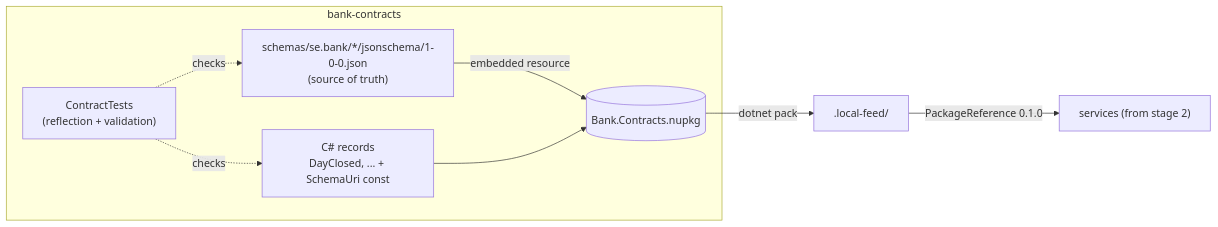
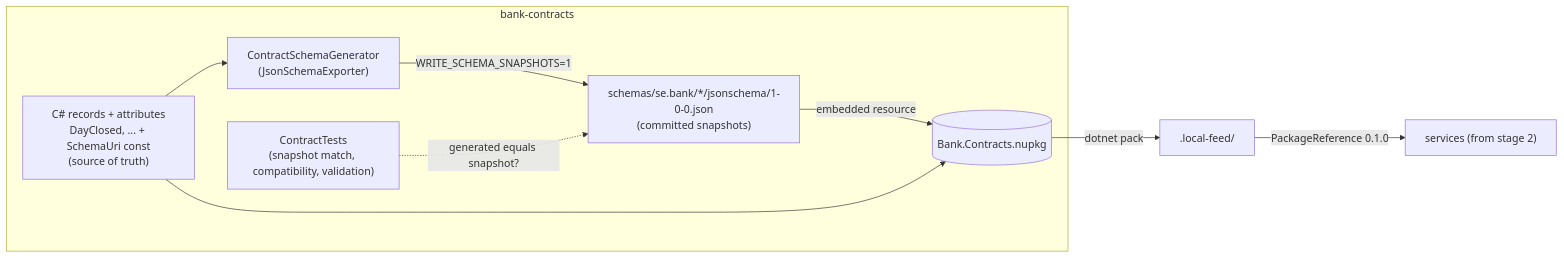
The diagram in docs/learning/stage-1/slice-1.1.md (majid-sharif-soleimani/banking_demo), drawn with Mermaid before and after one commit. The commit also changed other lines of this file and 33 other files, not shown here.

First line of the commit message:
refactor(contracts): generate event schemas from records (ADR 0003)

````diff
--- a/docs/learning/stage-1/slice-1.1.md
+++ b/docs/learning/stage-1/slice-1.1.md
@@ -57,14 +60,16 @@
 ```mermaid
 flowchart LR
     subgraph bank-contracts
-        S["schemas/se.bank/*/jsonschema/1-0-0.json<br/>(source of truth)"]
-        R["C# records<br/>DayClosed, ... + SchemaUri const"]
-        T["ContractTests<br/>(reflection + validation)"]
+        R["C# records + attributes<br/>DayClosed, ... + SchemaUri const<br/>(source of truth)"]
+        G["ContractSchemaGenerator<br/>(JsonSchemaExporter)"]
+        S["schemas/se.bank/*/jsonschema/1-0-0.json<br/>(committed snapshots)"]
+        T["ContractTests<br/>(snapshot match, compatibility, validation)"]
+        R --> G
+        G -- WRITE_SCHEMA_SNAPSHOTS=1 --> S
         S -- embedded resource --> P[(Bank.Contracts.nupkg)]
         R --> P
-        T -. checks .-> S
-        T -. checks .-> R
+        T -. generated equals snapshot? .-> S
     end
     P -- dotnet pack --> F[".local-feed/"]
     F -- PackageReference 0.1.0 --> SVC["services (from stage 2)"]
 ```
````
